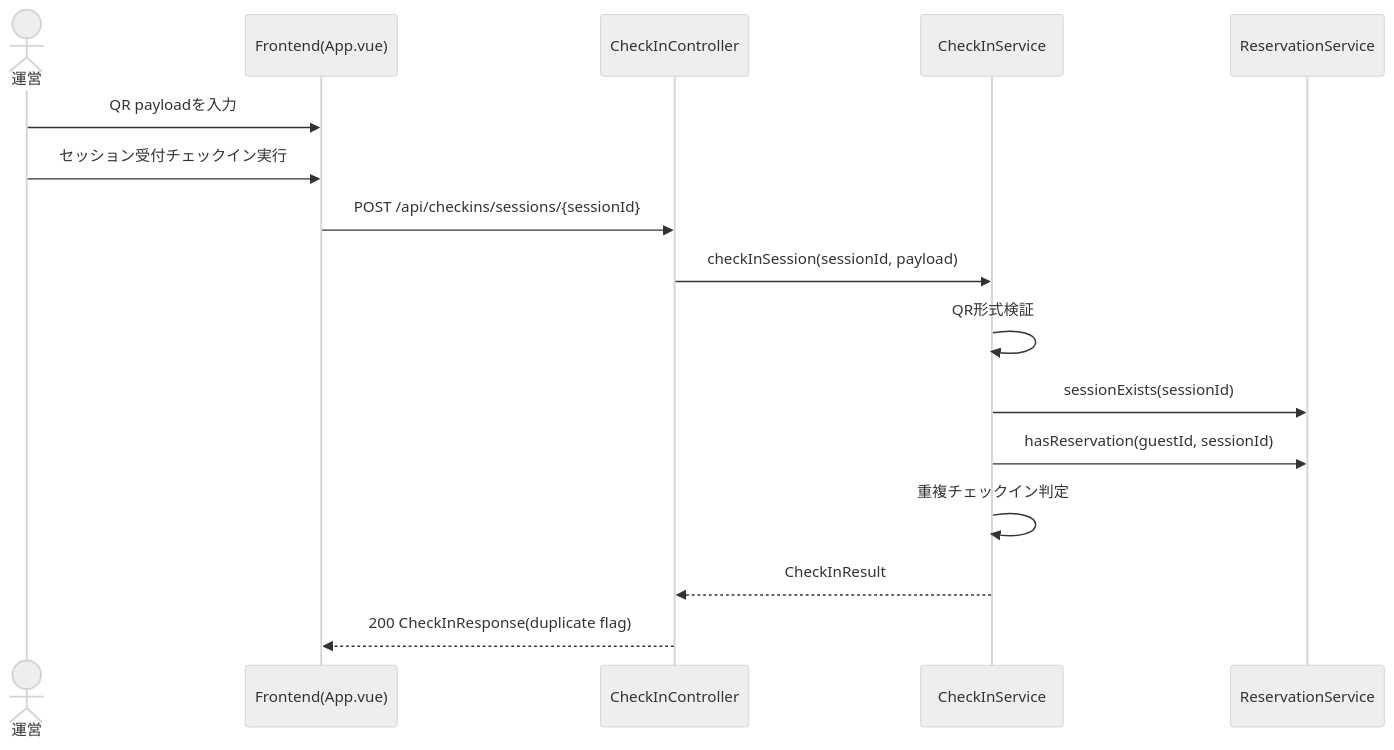
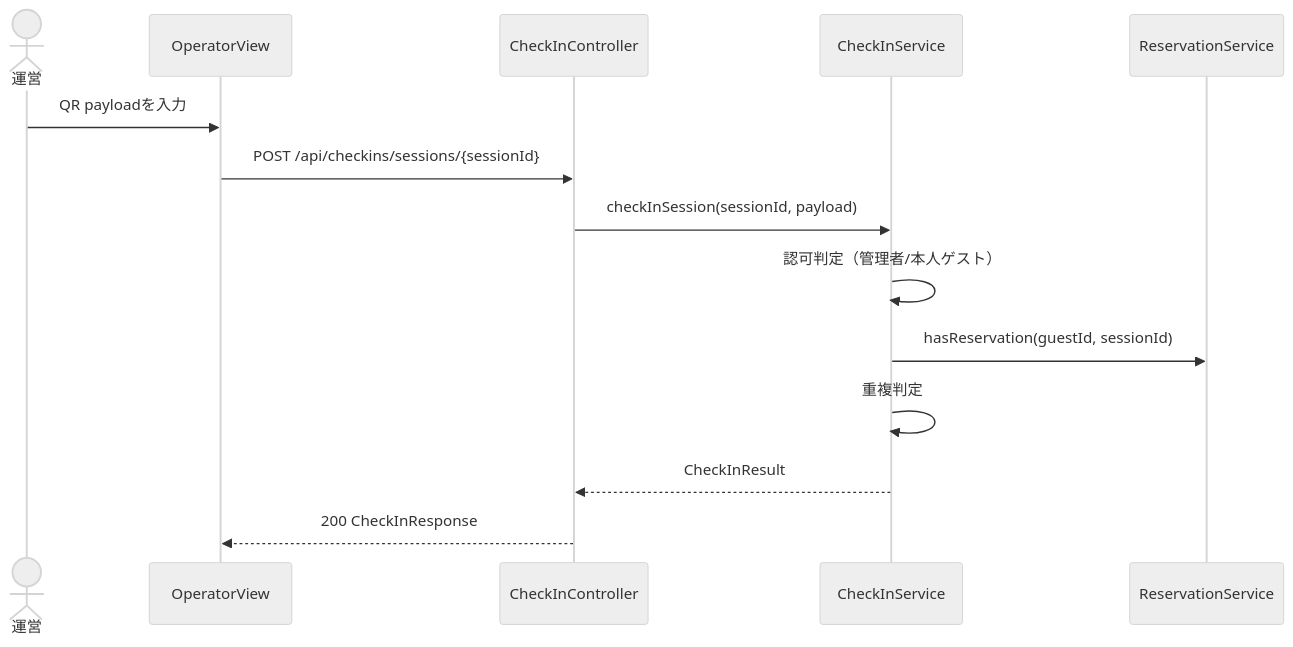
The third of 3 diagrams in docs/review/05-sequence-diagrams.md (autotaker/simple-event-reservation-system), drawn with Mermaid (neutral theme) before and after one commit. The commit also changed other lines of this file and 30 other files, not shown here.

````diff
--- a/docs/review/05-sequence-diagrams.md
+++ b/docs/review/05-sequence-diagrams.md
@@ -55,19 +55,17 @@
 ```mermaid
 sequenceDiagram
     actor Staff as 運営
-    participant UI as Frontend(App.vue)
+    participant UI as OperatorView
     participant CI as CheckInController
     participant CS as CheckInService
     participant RS as ReservationService
 
     Staff->>UI: QR payloadを入力
-    Staff->>UI: セッション受付チェックイン実行
     UI->>CI: POST /api/checkins/sessions/{sessionId}
     CI->>CS: checkInSession(sessionId, payload)
-    CS->>CS: QR形式検証
-    CS->>RS: sessionExists(sessionId)
+    CS->>CS: 認可判定（管理者/本人ゲスト）
     CS->>RS: hasReservation(guestId, sessionId)
-    CS->>CS: 重複チェックイン判定
+    CS->>CS: 重複判定
     CS-->>CI: CheckInResult
-    CI-->>UI: 200 CheckInResponse(duplicate flag)
+    CI-->>UI: 200 CheckInResponse
 ```
````
